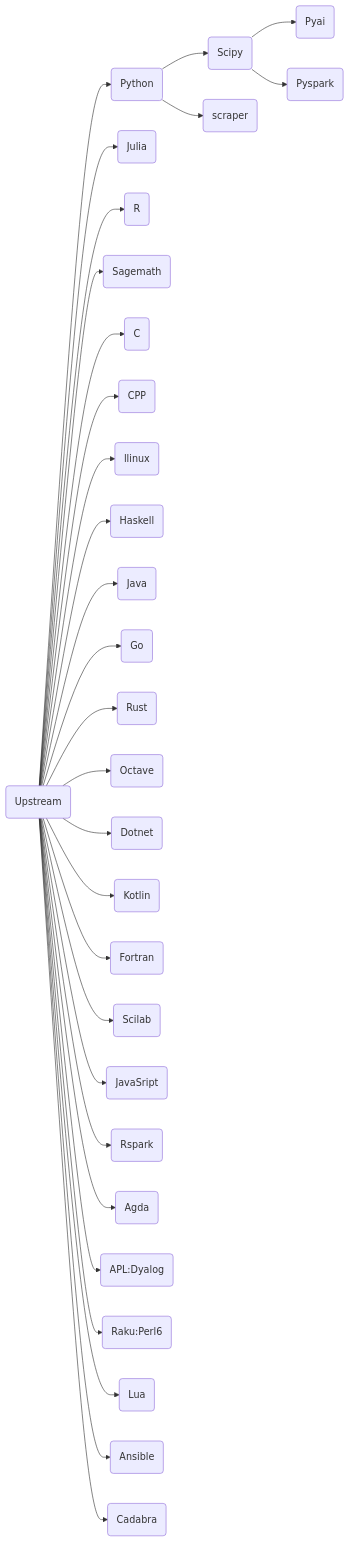
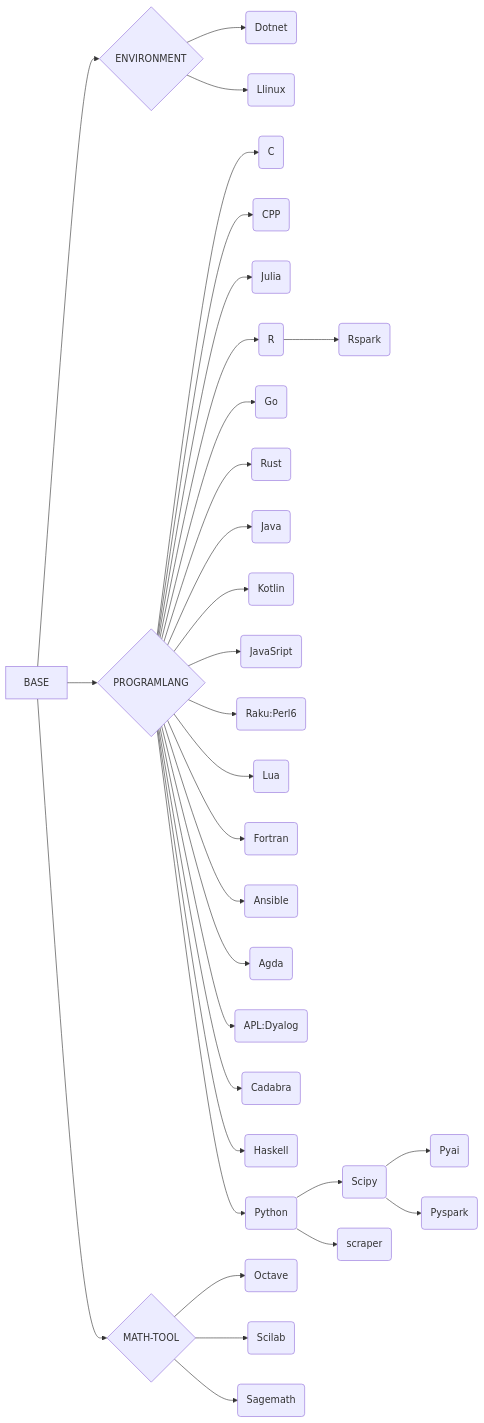
The diagram in README.md (ben0i0d/jupyter-image-stacks), drawn with Mermaid before and after one commit.

Commit message:
Update file README.md

````diff
--- a/README.md
+++ b/README.md
@@ -80,31 +80,31 @@
 ```mermaid
 graph LR
-A(Upstream)-->B(Python)
-B-->C(Scipy)
-B-->D(scraper)
-C(Scipy)-->E(Pyai)  
-C(Scipy)-->F(Pyspark)  
-A-->G(Julia)
-A-->H(R)
-A-->I(Sagemath)
-A-->J(C)
-A-->K(CPP)
-A-->L(llinux)
-A-->M(Haskell)
-A-->N(Java)
-A-->O(Go)
-A-->P(Rust)
-A-->Q(Octave)
-A-->R(Dotnet)
-A-->S(Kotlin)
-A-->T(Fortran)
-A-->U(Scilab)
-A-->V(JavaSript)
-A-->W(Rspark)
-A-->X(Agda)
-A-->Y(APL:Dyalog)
-A-->Z(Raku:Perl6)
-A-->AA(Lua)
-A-->AB(Ansible)
-A-->AC(Cadabra)
+BASE-->ENV{ENVIRONMENT}-->EA(Dotnet)
+ENV{ENVIRONMENT}-->EB(Llinux)
+BASE-->PROGRAM{PROGRAMLANG}
+PROGRAM-->PA(C)
+PROGRAM-->PB(CPP)
+PROGRAM-->PC(Julia)
+PROGRAM-->PD(R)-->PDA(Rspark)
+PROGRAM-->PE(Go)
+PROGRAM-->PF(Rust)
+PROGRAM-->PG(Java)
+PROGRAM-->PH(Kotlin)
+PROGRAM-->PI(JavaSript)
+PROGRAM-->PJ(Raku:Perl6)
+PROGRAM-->PK(Lua)
+PROGRAM-->PL(Fortran)
+PROGRAM-->PM(Ansible)
+PROGRAM-->PN(Agda)
+PROGRAM-->PO(APL:Dyalog)
+PROGRAM-->PP(Cadabra)
+PROGRAM-->PQ(Haskell)
+PROGRAM-->PR(Python)
+PR-->PRA(Scipy)
+PR-->PRB(scraper)
+PRA-->PRAA(Pyai)  
+PRA-->PRAB(Pyspark)  
+BASE-->MATH{MATH-TOOL}-->MA(Octave)
+MATH-->MB(Scilab)
+MATH-->MC(Sagemath)
 ```
````
